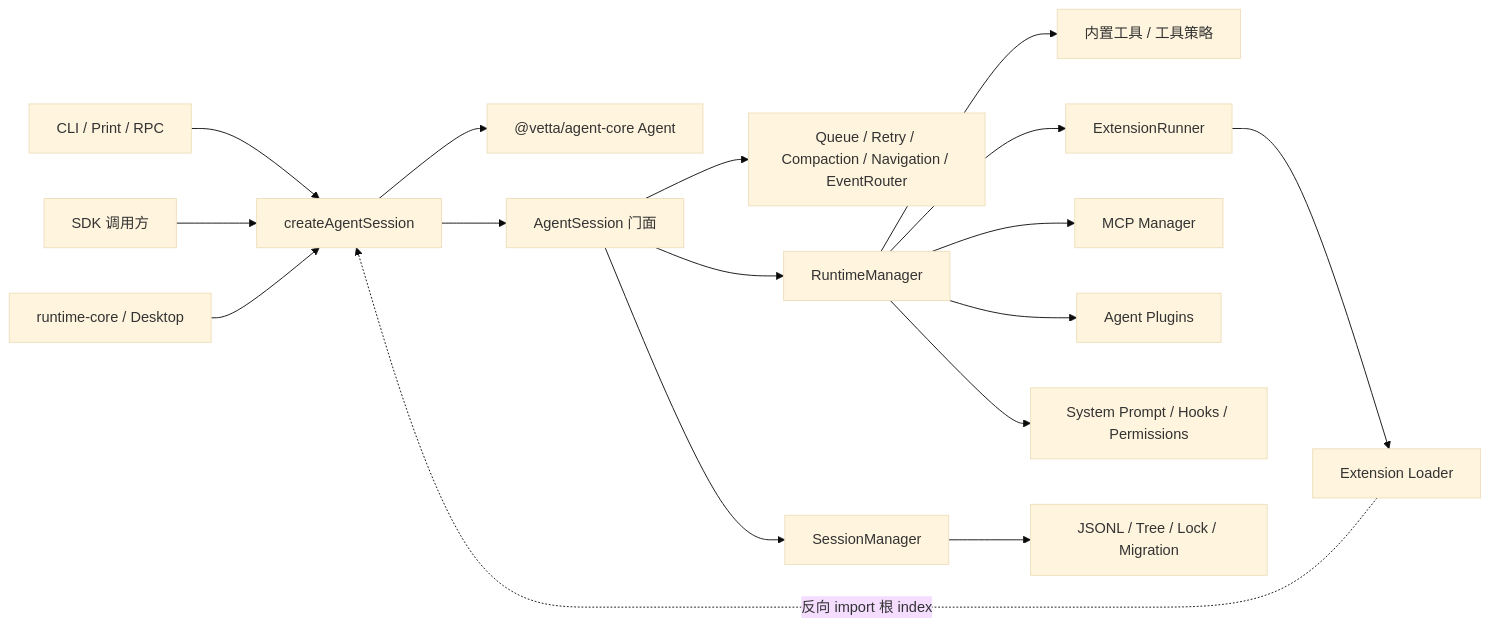
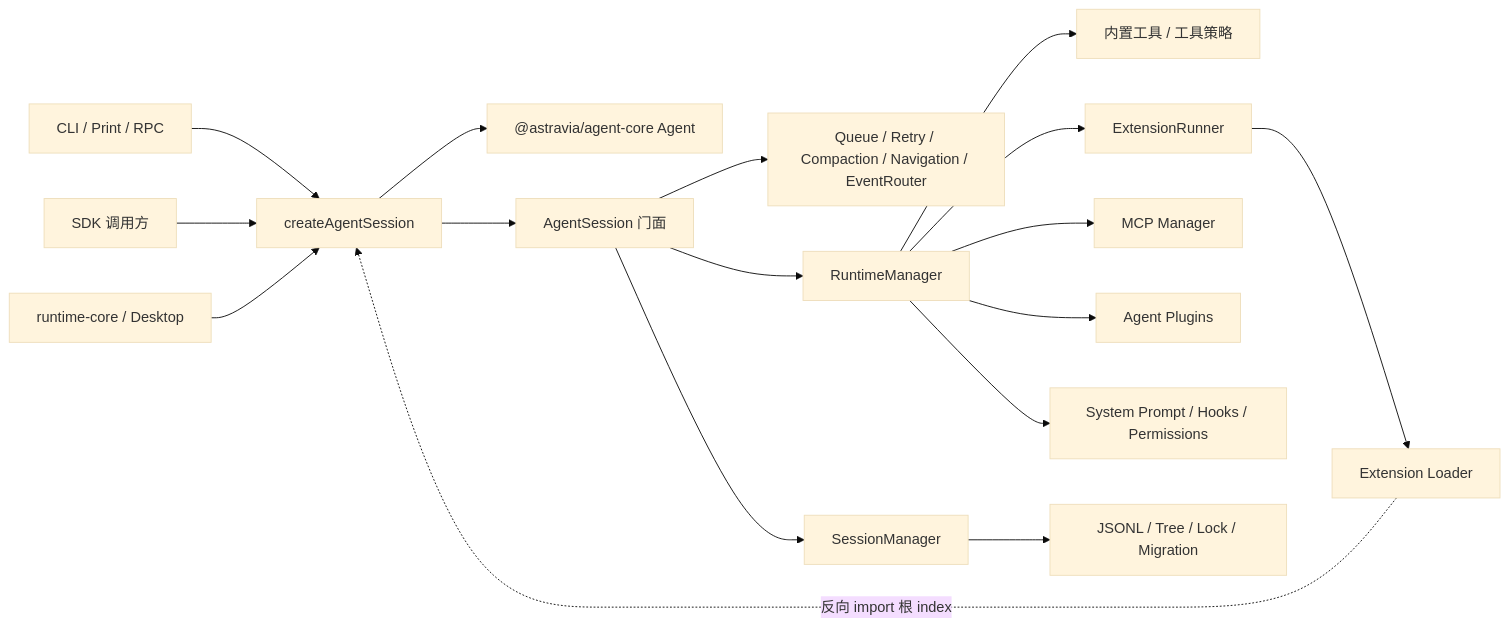
One commit to maomaochong-ai/open-astravia changed the diagram in docs/agent/coding-agent/01-architecture-assessment.md. Above: the diagram before and after it, drawn with Mermaid (base theme). The commit also changed other lines of this file and 5930 other files, not shown here.

````diff
--- a/docs/agent/coding-agent/01-architecture-assessment.md
+++ b/docs/agent/coding-agent/01-architecture-assessment.md
@@ -61,24 +61,24 @@
 ```mermaid
 flowchart LR
     CLI["CLI / Print / RPC"] --> Factory["createAgentSession"]
     SDK["SDK 调用方"] --> Factory
     Desktop["runtime-core / Desktop"] --> Factory
 
-    Factory --> Agent["@vetta/agent-core Agent"]
+    Factory --> Agent["@astravia/agent-core Agent"]
     Factory --> Session["AgentSession 门面"]
 
     Session --> Controllers["Queue / Retry / Compaction / Navigation / EventRouter"]
     Session --> Runtime["RuntimeManager"]
     Session --> Store["SessionManager"]
 
     Runtime --> Tools["内置工具 / 工具策略"]
     Runtime --> Extensions["ExtensionRunner"]
     Runtime --> MCP["MCP Manager"]
     Runtime --> Plugins["Agent Plugins"]
     Runtime --> Prompt["System Prompt / Hooks / Permissions"]
 
     Store --> JSONL["JSONL / Tree / Lock / Migration"]
 
     Extensions --> Loader["Extension Loader"]
     Loader -. "反向 import 根 index" .-> Factory
 ```
````
